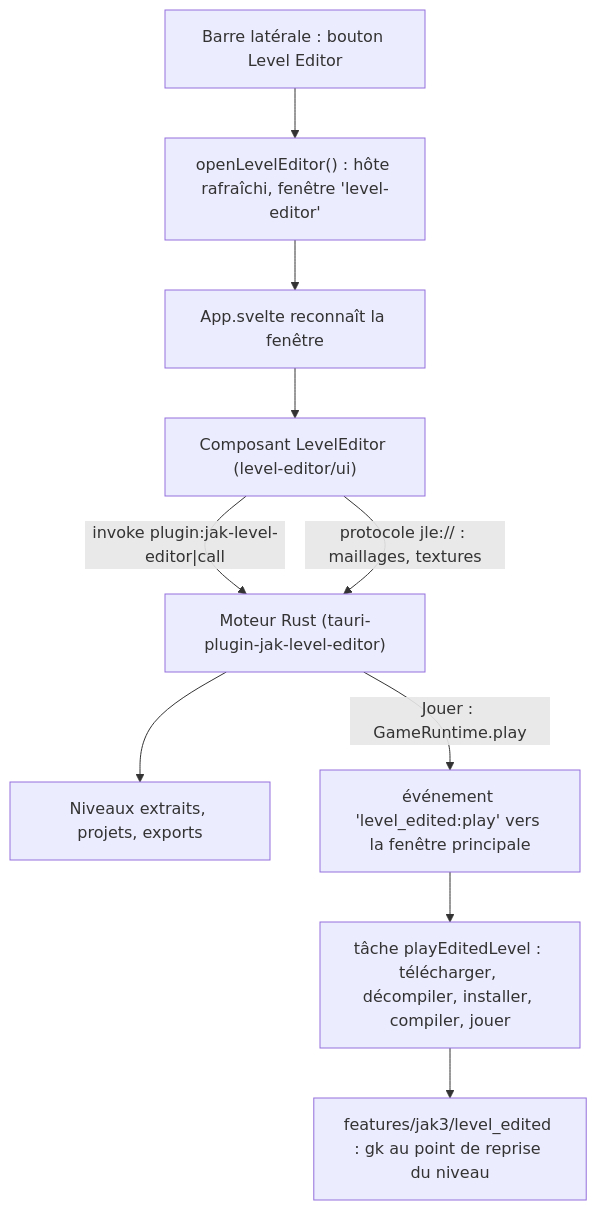
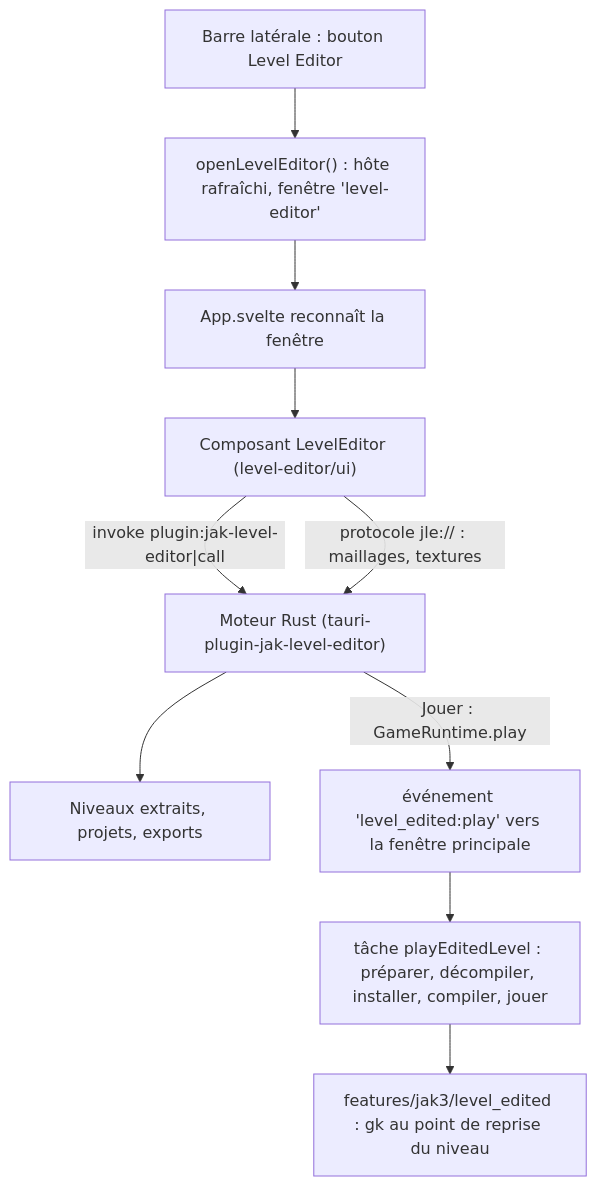
One commit to whozghiar/open-goal-launcher changed the second of 2 diagrams in docs/features_ai/features_level_editor.md. Above: the diagram before and after it, drawn with Mermaid. The commit also changed other lines of this file and 13 other files, not shown here.

````diff
--- a/docs/features_ai/features_level_editor.md
+++ b/docs/features_ai/features_level_editor.md
@@ -312,12 +355,12 @@
 ```mermaid
 flowchart TD
   A["Barre latérale : bouton Level Editor"] --> B["openLevelEditor() : hôte rafraîchi, fenêtre 'level-editor'"]
   B --> C["App.svelte reconnaît la fenêtre"]
   C --> D["Composant LevelEditor (level-editor/ui)"]
   D -->|"invoke plugin:jak-level-editor|call"| E["Moteur Rust (tauri-plugin-jak-level-editor)"]
   D -->|"protocole jle:// : maillages, textures"| E
   E --> F["Niveaux extraits, projets, exports"]
   E -->|"Jouer : GameRuntime.play"| G["événement 'level_edited:play' vers la fenêtre principale"]
-  G --> H["tâche playEditedLevel : télécharger, décompiler, installer, compiler, jouer"]
+  G --> H["tâche playEditedLevel : préparer, décompiler, installer, compiler, jouer"]
   H --> I["features/jak3/level_edited : gk au point de reprise du niveau"]
 ```
````
